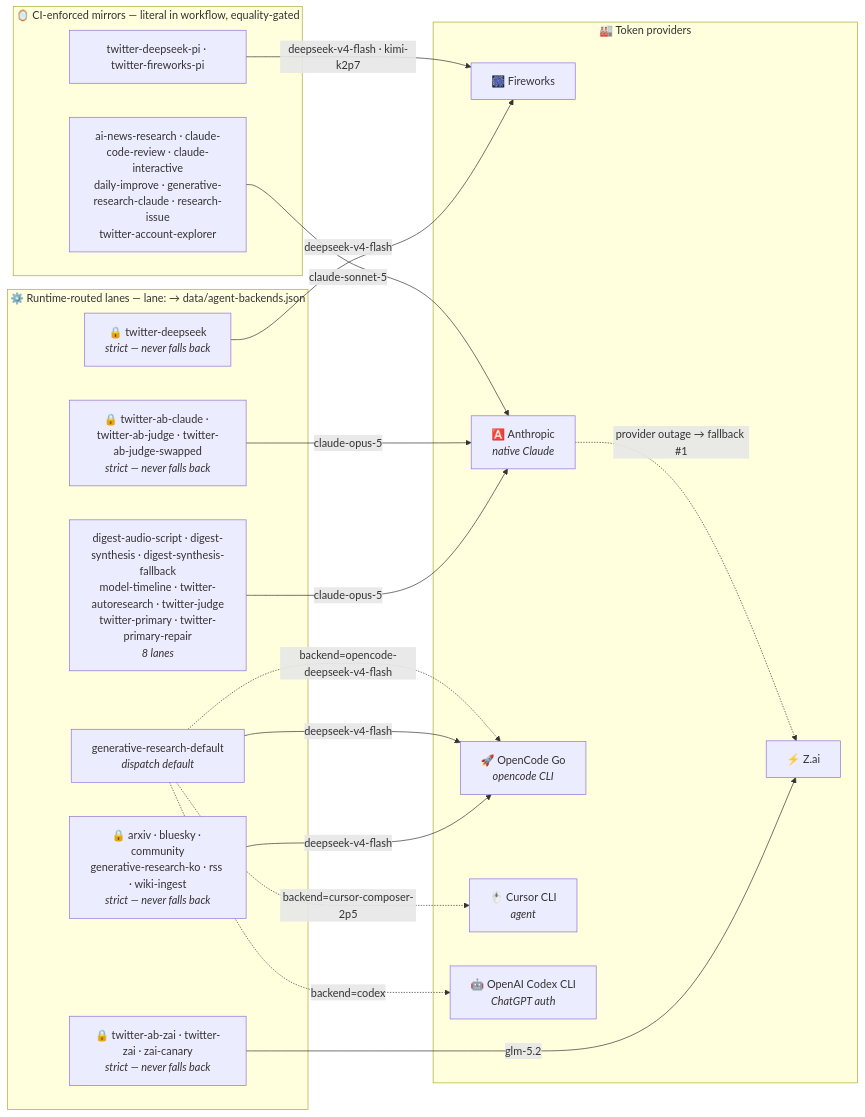
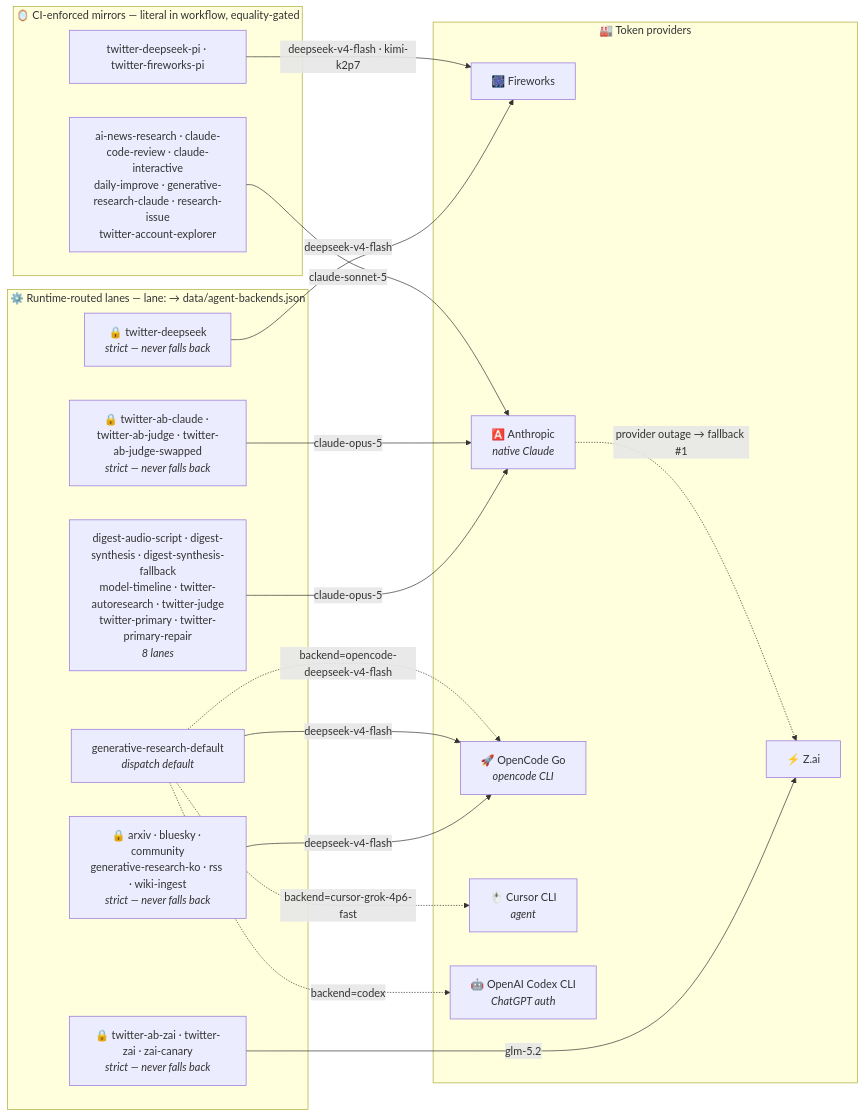
Before and after one commit to guzus/ai-research-arm: the second of 3 diagrams in README.md, drawn with Mermaid. The commit also changed other lines of this file and 12 other files, not shown here.

First line of the commit message:
Serve Grok 4.6 Fast on the Cursor CLI backend

````diff
--- a/README.md
+++ b/README.md
@@ -148,35 +148,35 @@
 ```mermaid
 flowchart LR
     subgraph runtime["⚙️ Runtime-routed lanes — lane: → data/agent-backends.json"]
         lanes0["digest-audio-script · digest-synthesis · digest-synthesis-fallback<br/>model-timeline · twitter-autoresearch · twitter-judge<br/>twitter-primary · twitter-primary-repair<br/><i>8 lanes</i>"]
         strict0["🔒 twitter-ab-claude · twitter-ab-judge · twitter-ab-judge-swapped<br/><i>strict — never falls back</i>"]
         strict1["🔒 twitter-deepseek<br/><i>strict — never falls back</i>"]
         strict2["🔒 arxiv · bluesky · community<br/>generative-research-ko · rss · wiki-ingest<br/><i>strict — never falls back</i>"]
         strict3["🔒 twitter-ab-zai · twitter-zai · zai-canary<br/><i>strict — never falls back</i>"]
         gendef["generative-research-default<br/><i>dispatch default</i>"]
     end
     subgraph mirrors["🪞 CI-enforced mirrors — literal in workflow, equality-gated"]
         pi["twitter-deepseek-pi · twitter-fireworks-pi"]
         native["ai-news-research · claude-code-review · claude-interactive<br/>daily-improve · generative-research-claude · research-issue<br/>twitter-account-explorer"]
     end
     subgraph providers["🏭 Token providers"]
         FW["🎆 Fireworks"]
         ZAI["⚡ Z.ai"]
         ANT["🅰️ Anthropic<br/><i>native Claude</i>"]
         OC["🚀 OpenCode Go<br/><i>opencode CLI</i>"]
         CUR["🖱️ Cursor CLI<br/><i>agent</i>"]
         OAI["🤖 OpenAI Codex CLI<br/><i>ChatGPT auth</i>"]
     end
     lanes0 -->|"claude-opus-5"| ANT
     strict0 -->|"claude-opus-5"| ANT
     strict1 -->|"deepseek-v4-flash"| FW
     strict2 -->|"deepseek-v4-flash"| OC
     strict3 -->|"glm-5.2"| ZAI
     gendef -->|"deepseek-v4-flash"| OC
     pi -->|"deepseek-v4-flash · kimi-k2p7"| FW
     native -->|"claude-sonnet-5"| ANT
     gendef -.->|"backend=codex"| OAI
     gendef -.->|"backend=opencode-deepseek-v4-flash"| OC
-    gendef -.->|"backend=cursor-composer-2p5"| CUR
+    gendef -.->|"backend=cursor-grok-4p6-fast"| CUR
     ANT -. "provider outage → fallback #1" .-> ZAI
 ```
````
